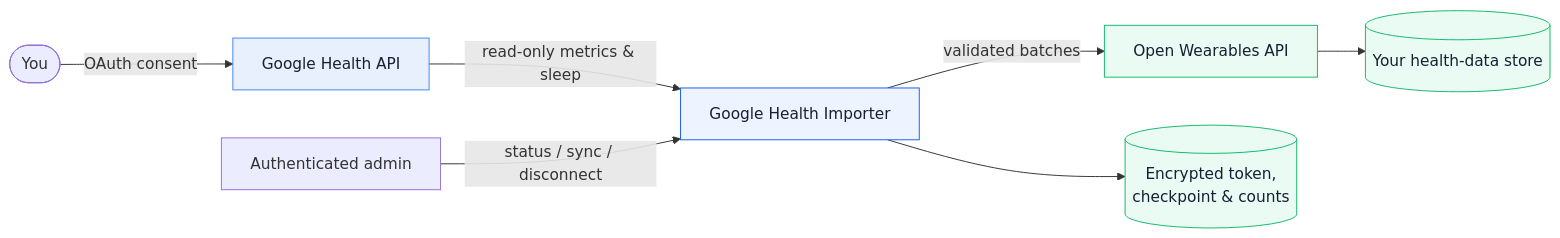
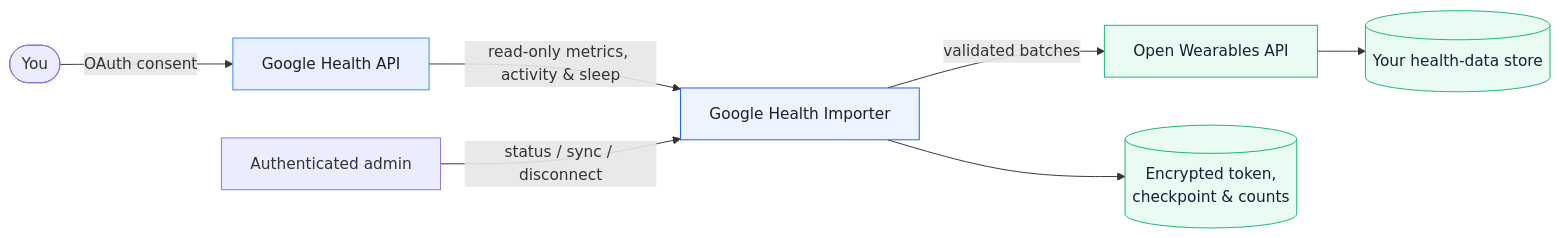
Before and after one commit to devnulluk/google-health-importer: the first of 2 diagrams in README.md, drawn with Mermaid. The commit also changed other lines of this file and 5 other files, not shown here.

Commit message:
Import complete Fitbit Air activity and health set

````diff
--- a/README.md
+++ b/README.md
@@ -39,15 +39,15 @@
 ```mermaid
 flowchart LR
     U([You]) -->|OAuth consent| G[Google Health API]
-    G -->|read-only metrics & sleep| I[Google Health Importer]
+    G -->|read-only metrics, activity & sleep| I[Google Health Importer]
     I -->|validated batches| O[Open Wearables API]
     O --> D[(Your health-data store)]
     A[Authenticated admin] -->|status / sync / disconnect| I
     I --> S[(Encrypted token,<br/>checkpoint & counts)]
     classDef source fill:#e8f0fe,stroke:#4285f4,color:#172033
     classDef bridge fill:#eef4ff,stroke:#155eef,color:#172033
     classDef owned fill:#eafbf3,stroke:#12b76a,color:#172033
     class G source
     class I bridge
     class O,D,S owned
 ```
````
